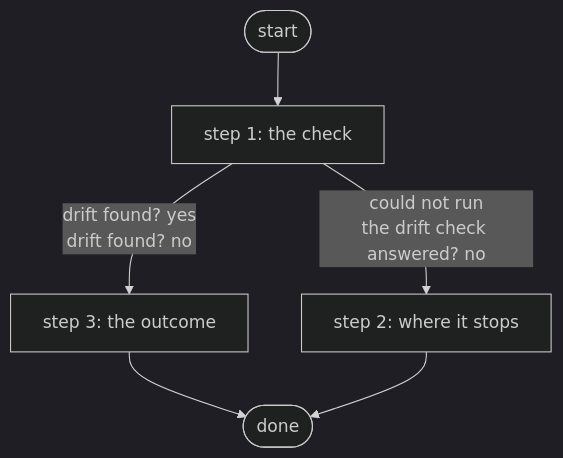
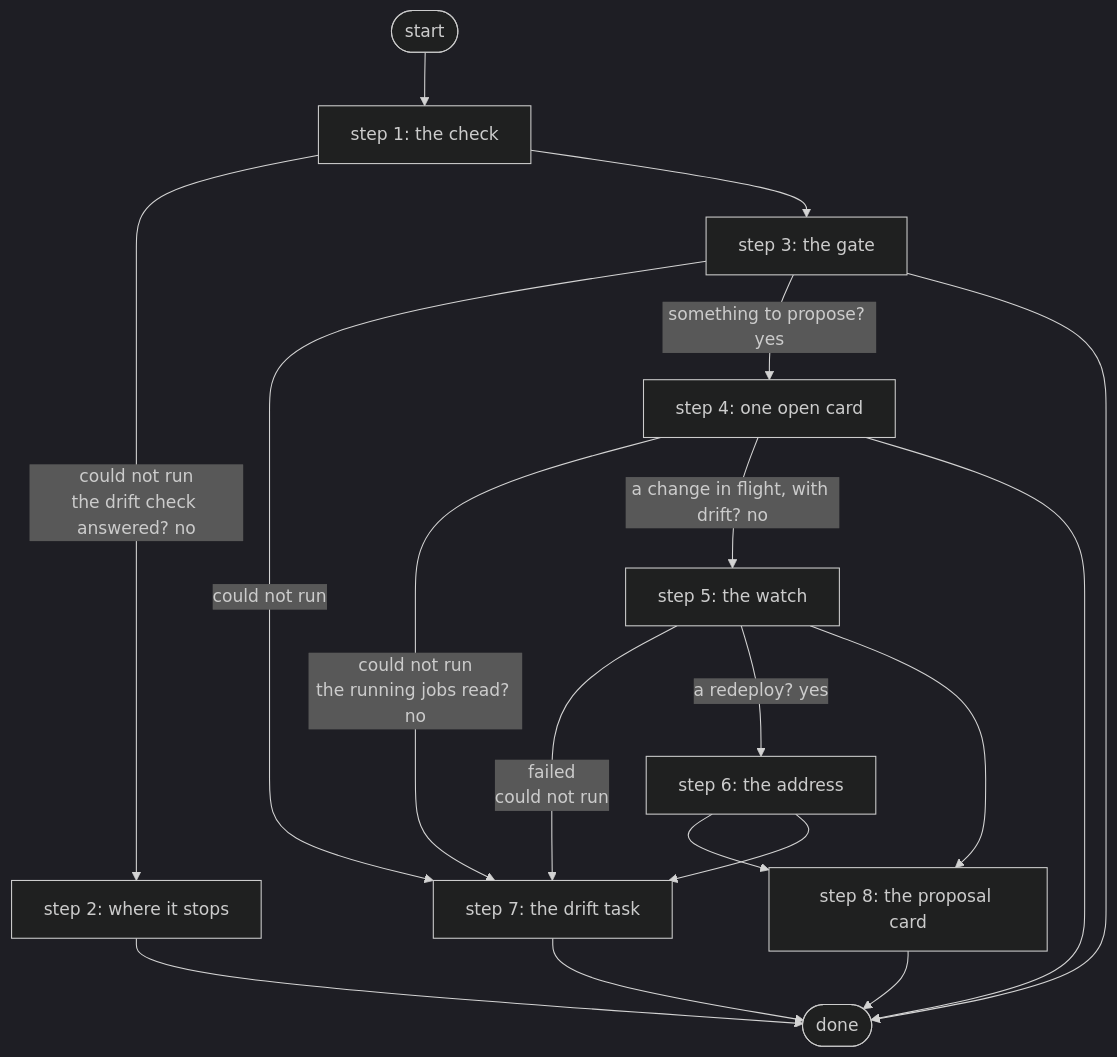
One commit to E-Conners-Lab/itential-enterprise-lab changed the diagram in docs/workflows/check-aws-drift.md. Above: the diagram before and after it, drawn with Mermaid (dark theme). The commit also changed other lines of this file and 13 other files, not shown here.

First line of the commit message:
feat(aws-vpn): the Drift and Cost Watch proposes one change (A5) (#227)

````diff
--- a/docs/workflows/check-aws-drift.md
+++ b/docs/workflows/check-aws-drift.md
@@ -31,13 +43,30 @@
 ```mermaid
 flowchart TD
   S([start])
   E([done])
   s1["step 1: the check"]
   s2["step 2: where it stops"]
-  s3["step 3: the outcome"]
+  s3["step 3: the gate"]
+  s4["step 4: one open card"]
+  s5["step 5: the watch"]
+  s6["step 6: the address"]
+  s7["step 7: the drift task"]
+  s8["step 8: the proposal card"]
   S --> s1
   s1 -- "could not run<br/>the drift check answered? no" --> s2
-  s1 -- "drift found? yes<br/>drift found? no" --> s3
+  s1 --> s3
+  s3 -- "could not run" --> s7
+  s3 -- "something to propose? yes" --> s4
   s3 --> E
+  s4 -- "could not run<br/>the running jobs read? no" --> s7
+  s4 -- "a change in flight, with drift? no" --> s5
+  s4 --> E
+  s5 -- "failed<br/>could not run" --> s7
+  s5 -- "a redeploy? yes" --> s6
+  s5 --> s8
+  s6 --> s8
+  s6 --> s7
+  s8 --> E
+  s7 --> E
   s2 --> E
 ```
````
